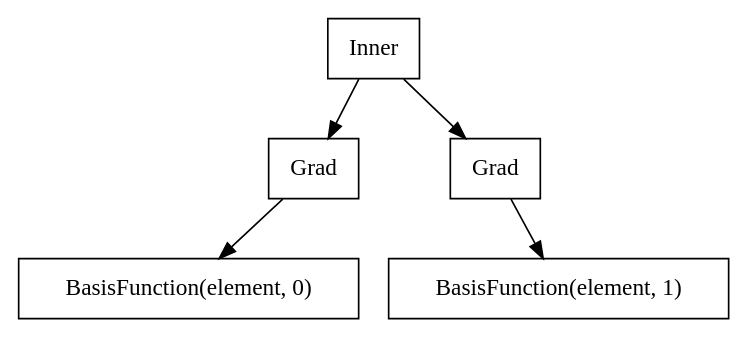
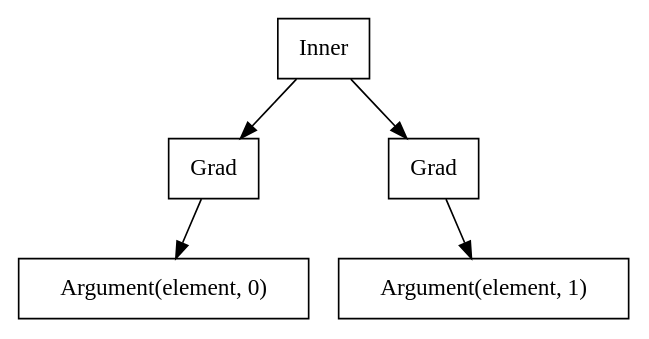
One commit to chenxuelee/fenics-book changed the diagram in chapters/alnes-1/dot/stiffness.dot. Above: the diagram before and after it, drawn with Graphviz. The commit also changed 4 other files, not shown here.

```diff
--- a/chapters/alnes-1/dot/stiffness.dot
+++ b/chapters/alnes-1/dot/stiffness.dot
@@ -1,14 +1,14 @@
 digraph Stiffness
 {
   node [shape="box"] ;
 //  edge [arrowtail=odiamond, arrowhead=none];
   n1 [label="Inner"];
   n2 [label="Grad"];
   n3 [label="Grad"];
-  n4 [label="BasisFunction(element, 0)"];
-  n5 [label="BasisFunction(element, 1)"];
+  n4 [label="Argument(element, 0)"];
+  n5 [label="Argument(element, 1)"];
   n2 -> n4;
   n3 -> n5;
   n1 -> n2;
   n1 -> n3;
 }
```
